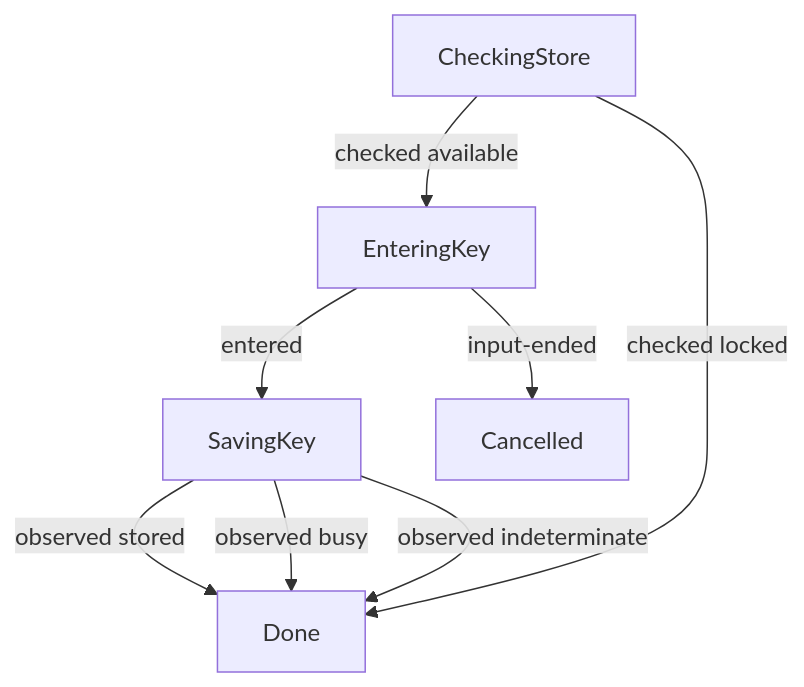
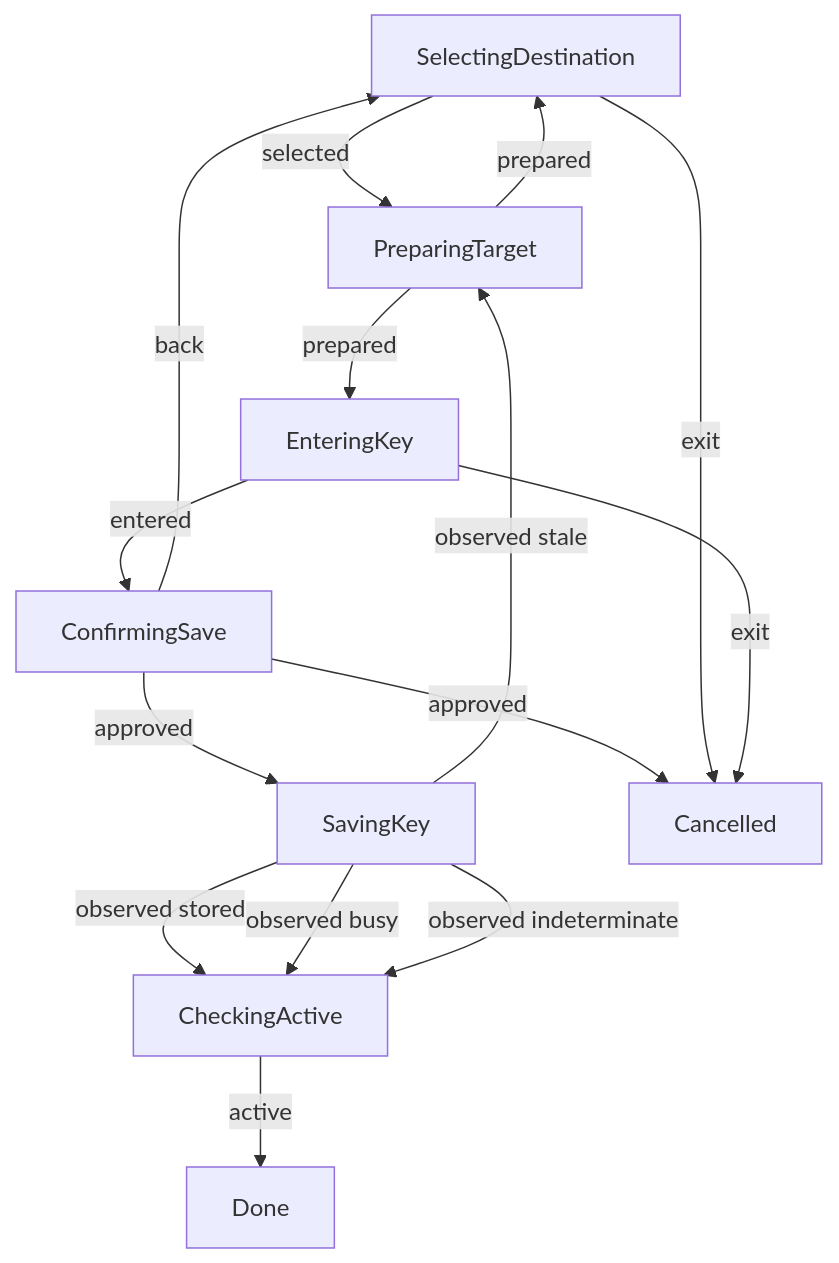
The diagram in docs/cli-interactions/login.md (dearlordylord/hapsland), drawn with Mermaid before and after one commit. The commit also changed other lines of this file and 46 other files, not shown here.

Commit message:
feat(credentials): model approved file and native saving (#248)

````diff
--- a/docs/cli-interactions/login.md
+++ b/docs/cli-interactions/login.md
@@ -11,10 +11,17 @@
 ```mermaid
 flowchart TD
-  CheckingStore -->|"checked available"| EnteringKey
-  EnteringKey -->|"entered"| SavingKey
-  SavingKey -->|"observed stored"| Done
-  EnteringKey -->|"input-ended"| Cancelled
-  CheckingStore -->|"checked locked"| Done
-  SavingKey -->|"observed busy"| Done
-  SavingKey -->|"observed indeterminate"| Done
+  SelectingDestination -->|"selected"| PreparingTarget
+  PreparingTarget -->|"prepared"| EnteringKey
+  EnteringKey -->|"entered"| ConfirmingSave
+  ConfirmingSave -->|"approved"| SavingKey
+  SavingKey -->|"observed stored"| CheckingActive
+  CheckingActive -->|"active"| Done
+  ConfirmingSave -->|"approved"| Cancelled
+  ConfirmingSave -->|"back"| SelectingDestination
+  SelectingDestination -->|"exit"| Cancelled
+  EnteringKey -->|"exit"| Cancelled
+  PreparingTarget -->|"prepared"| SelectingDestination
+  SavingKey -->|"observed stale"| PreparingTarget
+  SavingKey -->|"observed busy"| CheckingActive
+  SavingKey -->|"observed indeterminate"| CheckingActive
 ```
````
